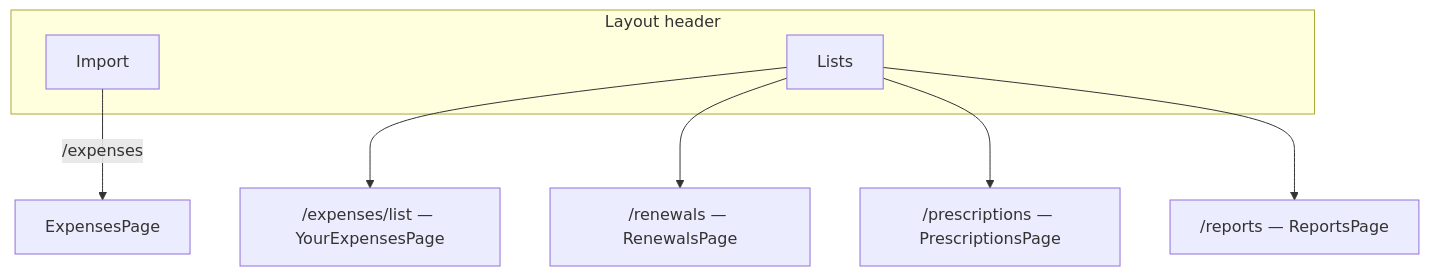
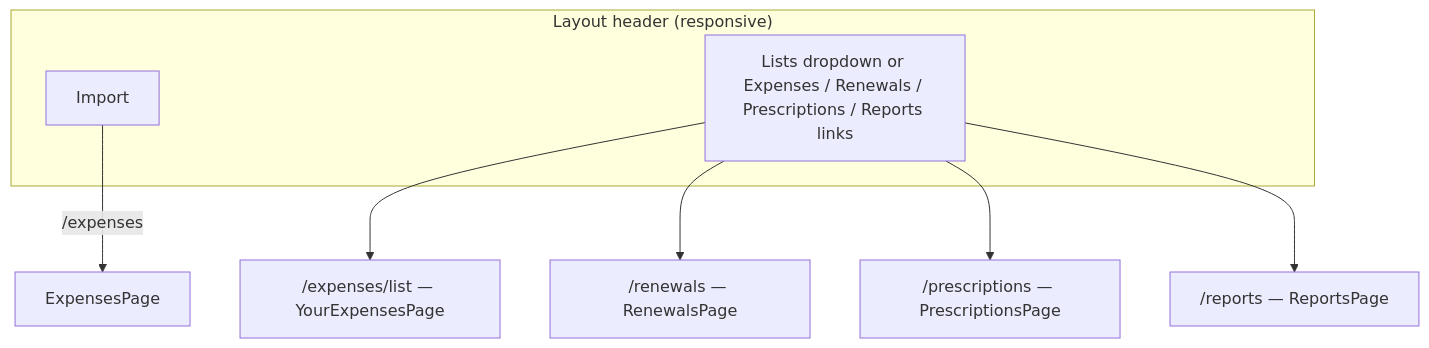
One commit to becomeonewiththecode/expense_tracker changed the seventh of 18 diagrams in docs/ARCHITECTURE_DIAGRAM.md. Above: the diagram before and after it, drawn with Mermaid. The commit also changed other lines of this file and 11 other files, not shown here.

First line of the commit message:
UI: row Actions menus, responsive Lists nav, drop modification mode

````diff
--- a/docs/ARCHITECTURE_DIAGRAM.md
+++ b/docs/ARCHITECTURE_DIAGRAM.md
@@ -250,12 +250,12 @@
 ```mermaid
 flowchart TB
-  subgraph hdr [Layout header]
+  subgraph hdr ["Layout header (responsive)"]
     IMP[Import]
-    LST[Lists]
+    NAV["Lists dropdown or Expenses / Renewals / Prescriptions / Reports links"]
   end
   IMP -->|"/expenses"| EPn[ExpensesPage]
-  LST --> L1["/expenses/list — YourExpensesPage"]
-  LST --> L2["/renewals — RenewalsPage"]
-  LST --> L3["/prescriptions — PrescriptionsPage"]
-  LST --> L4["/reports — ReportsPage"]
+  NAV --> L1["/expenses/list — YourExpensesPage"]
+  NAV --> L2["/renewals — RenewalsPage"]
+  NAV --> L3["/prescriptions — PrescriptionsPage"]
+  NAV --> L4["/reports — ReportsPage"]
 ```
````
